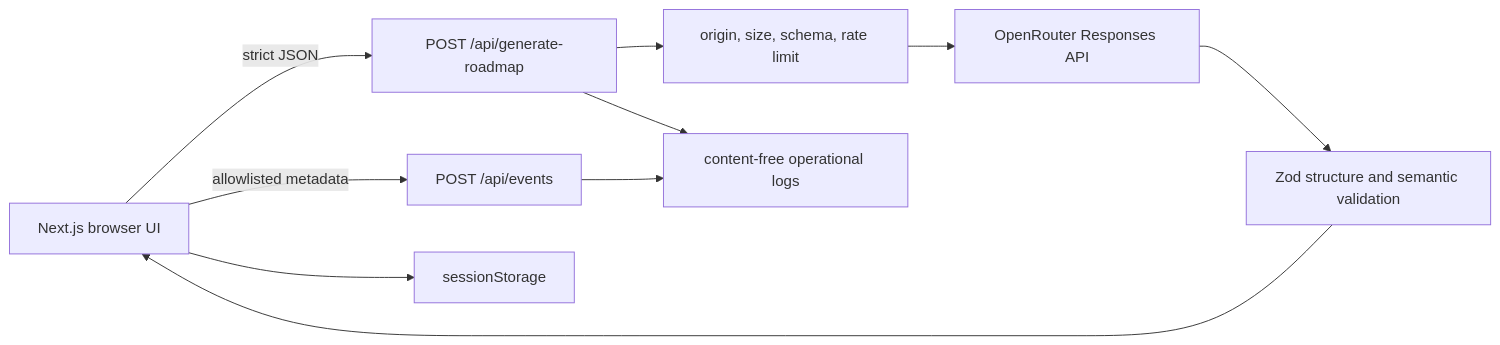
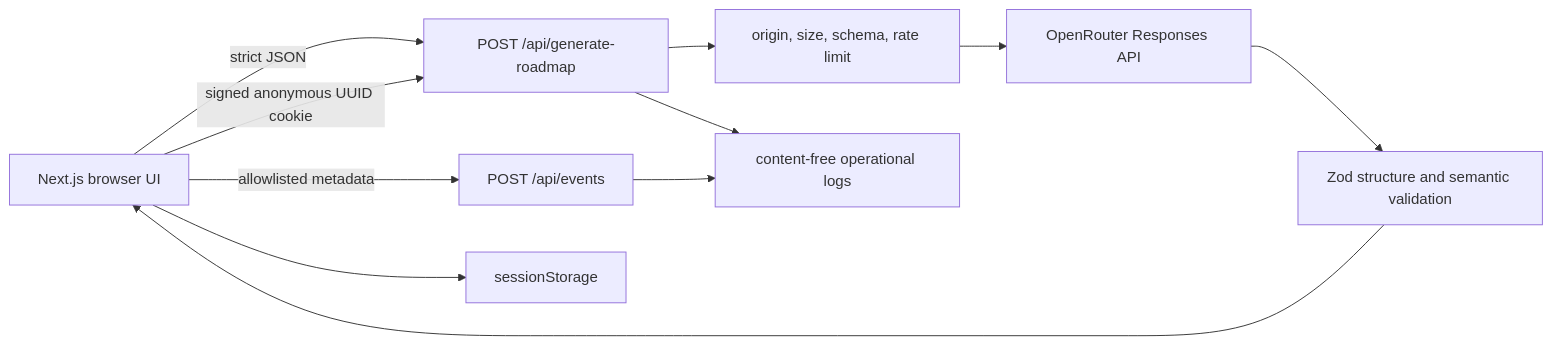
Before and after one commit to HtetLinLinNaing/DevPath-AI: the diagram in README.md, drawn with Mermaid. The commit also changed other lines of this file and 37 other files, not shown here.

First line of the commit message:
feat: harden roadmap UX and request controls

````diff
--- a/README.md
+++ b/README.md
@@ -51,12 +51,13 @@
 ```mermaid
 flowchart LR
   Browser[Next.js browser UI] -->|strict JSON| Generate[POST /api/generate-roadmap]
+  Browser -->|signed anonymous UUID cookie| Generate
   Browser -->|allowlisted metadata| Events[POST /api/events]
   Generate --> Guard[origin, size, schema, rate limit]
   Guard --> AI[OpenRouter Responses API]
   AI --> Validate[Zod structure and semantic validation]
   Validate --> Browser
   Browser --> Session[sessionStorage]
   Generate --> Logs[content-free operational logs]
   Events --> Logs
 ```
````
